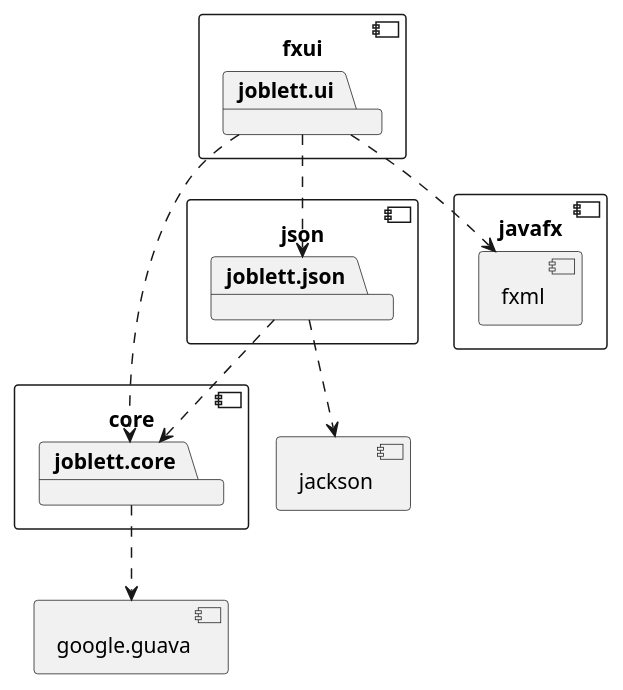
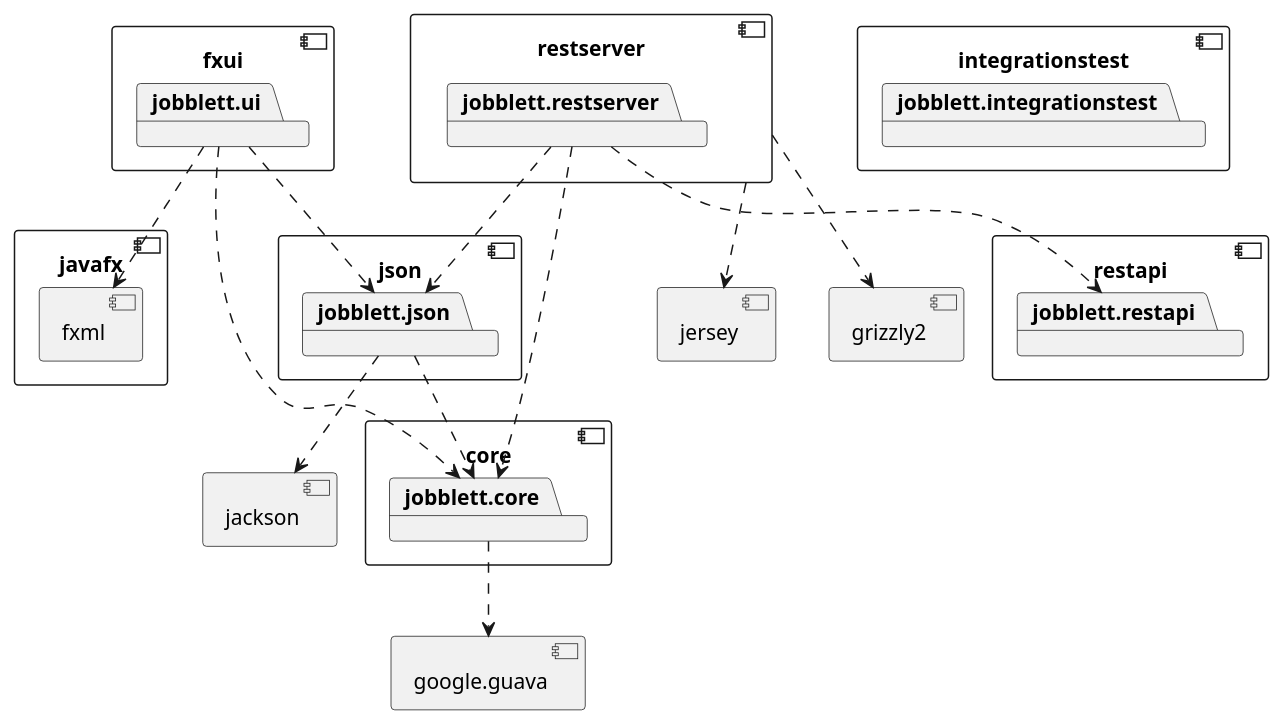
Before and after one commit to njal3001/JobbLett: the diagram in jobblett/architecture.puml, drawn with PlantUML. The commit also changed 1 other file, not shown here.

Commit message:
architecture.puml updated

```diff
--- a/jobblett/architecture.puml
+++ b/jobblett/architecture.puml
@@ -1,33 +1,63 @@
 @startuml
 
 component core{
-package joblett.core
+package jobblett.core
 }
 
 component fxui{
-package joblett.ui
+package jobblett.ui
 }
 
 component json{
-package joblett.json
+package jobblett.json
 }
 
 component google.guava{
 }
 
 component javafx{
 	component fxml{
 	}
 }
 component jackson{
 }
 
-joblett.ui ..>fxml
-joblett.core ..> google.guava
-joblett.ui ..> joblett.core
-joblett.json ..> jackson
-joblett.ui ..> joblett.json
-joblett.json ..> joblett.core
+component restapi{
+package jobblett.restapi
+}
+
+component restserver{
+package jobblett.restserver
+}
+
+
+component integrationstest{
+package jobblett.integrationstest
+}
+
+
+jobblett.ui ..>fxml
+jobblett.core ..> google.guava
+jobblett.ui ..> jobblett.core
+jobblett.json ..> jackson
+jobblett.ui ..> jobblett.json
+jobblett.json ..> jobblett.core
+
+jobblett.restserver ..> jobblett.core
+jobblett.restserver ..> jobblett.json
+jobblett.restserver ..> jobblett.restapi
+
+
+component jersey {
+}
+
+component grizzly2 {
+}
+
+restserver ..> jersey
+restserver ..> grizzly2
+
+
 
 
 @enduml
```
